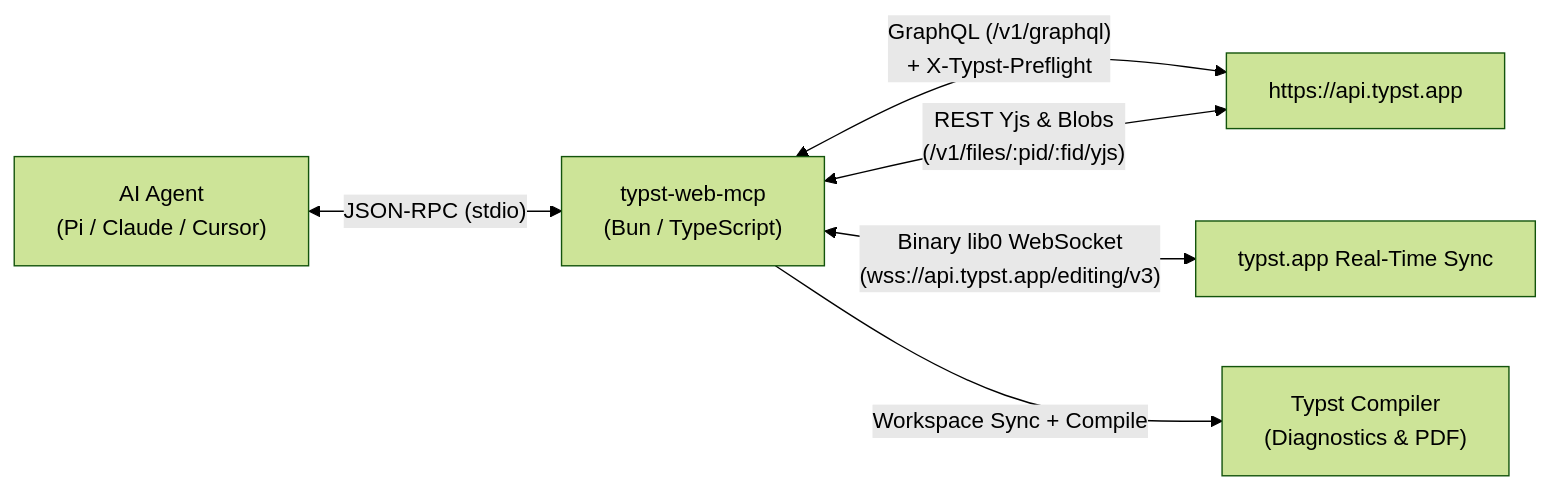
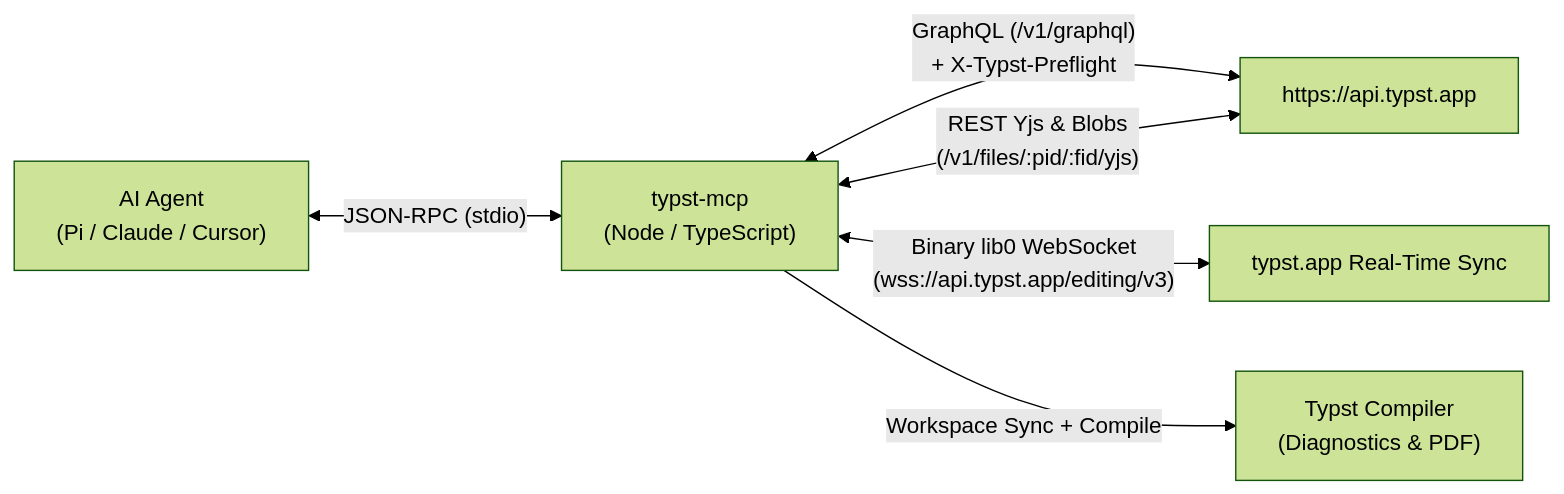
Before and after one commit to caphefalumi/typst-web-mcp: the diagram in README.md, drawn with Mermaid (forest theme). The commit also changed other lines of this file, not shown here.

First line of the commit message:
docs(readme): align with npm typst-mcp and publish flow

````diff
--- a/README.md
+++ b/README.md
@@ -34,8 +37,8 @@
 ```mermaid
 flowchart LR
-    Agent["AI Agent\n(Pi / Claude / Cursor)"] <-->|"JSON-RPC (stdio)"| MCP["typst-web-mcp\n(Bun / TypeScript)"]
+    Agent["AI Agent\n(Pi / Claude / Cursor)"] <-->|"JSON-RPC (stdio)"| MCP["typst-mcp\n(Node / TypeScript)"]
     MCP <-->|"GraphQL (/v1/graphql)\n+ X-Typst-Preflight"| API["https://api.typst.app"]
     MCP <-->|"REST Yjs & Blobs\n(/v1/files/:pid/:fid/yjs)"| API
     MCP <-->|"Binary lib0 WebSocket\n(wss://api.typst.app/editing/v3)"| WS["typst.app Real-Time Sync"]
     MCP -->|"Workspace Sync + Compile"| TypstCLI["Typst Compiler\n(Diagnostics & PDF)"]
 ```
````
